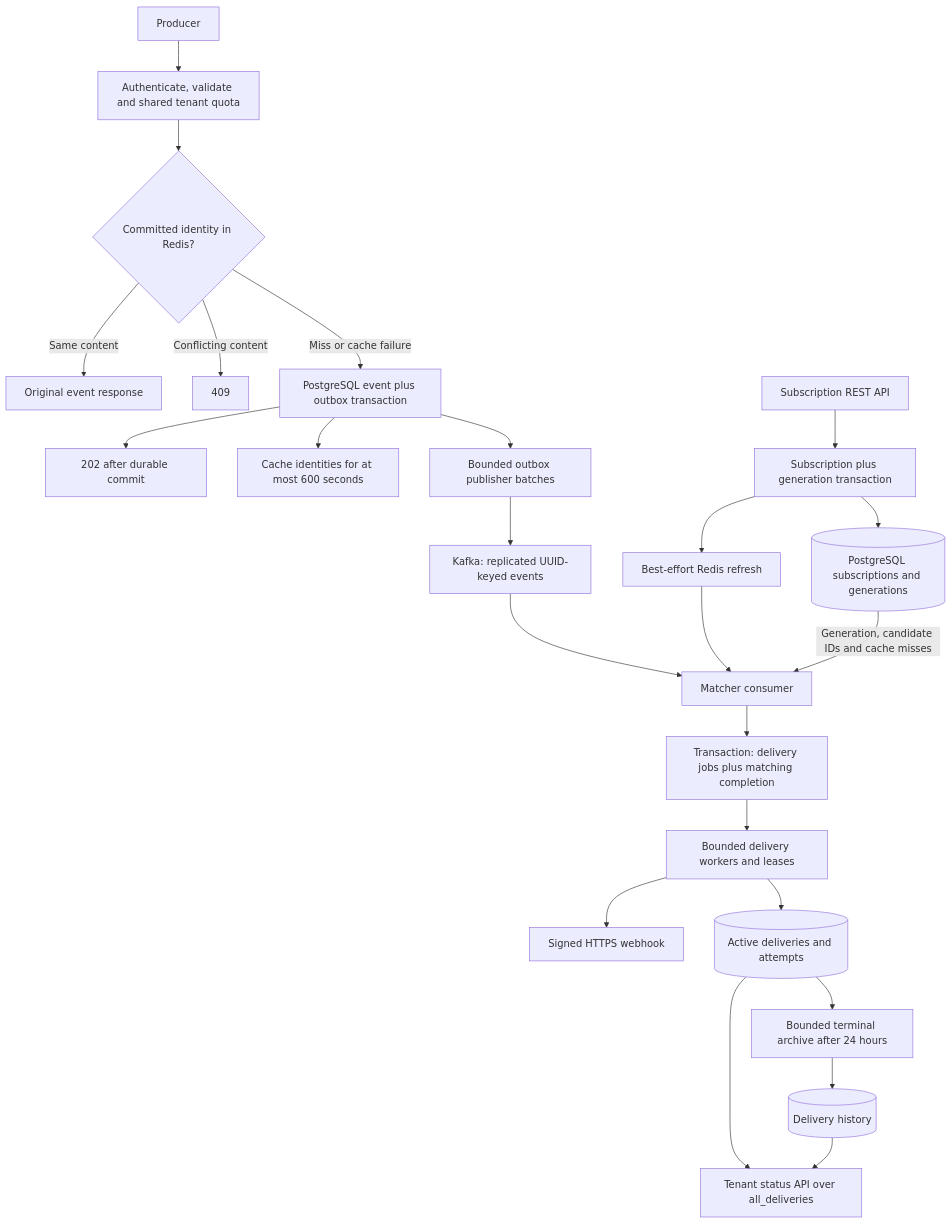
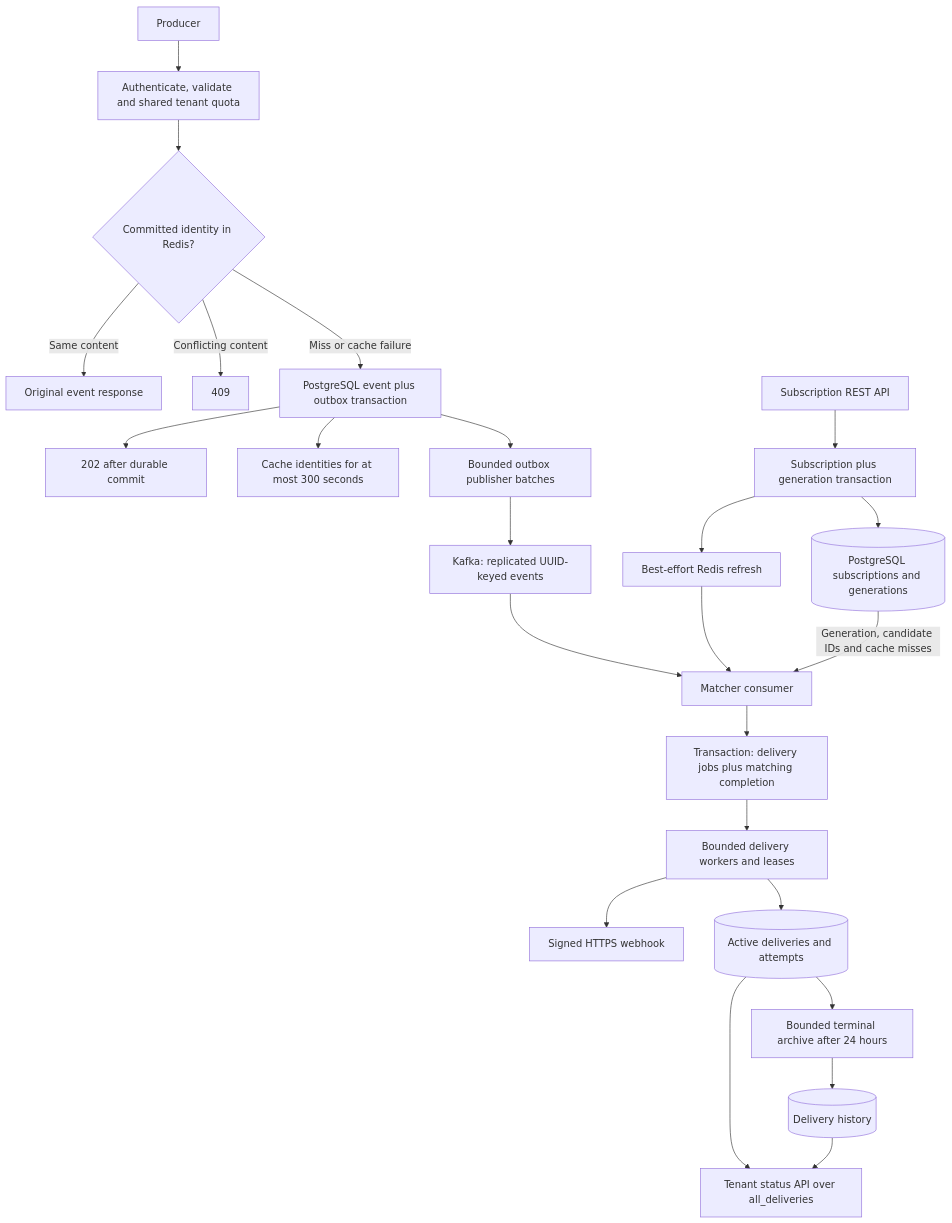
One commit to Sahil2237/notification-fanout changed the first of 4 diagrams in docs/async-cache-history.md. Above: the diagram before and after it, drawn with Mermaid. The commit also changed other lines of this file and 40 other files, not shown here.

````diff
--- a/docs/async-cache-history.md
+++ b/docs/async-cache-history.md
@@ -21,26 +21,26 @@
 ```mermaid
 flowchart TB
     P[Producer] --> API[Authenticate, validate and shared tenant quota]
     API --> HIT{Committed identity in Redis?}
     HIT -->|Same content| SAME[Original event response]
     HIT -->|Conflicting content| CONFLICT[409]
     HIT -->|Miss or cache failure| TX[PostgreSQL event plus outbox transaction]
     TX --> ACK[202 after durable commit]
-    TX --> FILL[Cache identities for at most 600 seconds]
+    TX --> FILL[Cache identities for at most 300 seconds]
     TX --> PUB[Bounded outbox publisher batches]
     PUB --> K[Kafka: replicated UUID-keyed events]
     K --> M[Matcher consumer]
     SUBAPI[Subscription REST API] --> STX[Subscription plus generation transaction]
     STX --> SC[Best-effort Redis refresh]
     SC --> M
     STX --> PG[(PostgreSQL subscriptions and generations)]
     PG -->|Generation, candidate IDs and cache misses| M
     M --> JOB[Transaction: delivery jobs plus matching completion]
     JOB --> WORK[Bounded delivery workers and leases]
     WORK --> HTTPS[Signed HTTPS webhook]
     WORK --> HOT[(Active deliveries and attempts)]
     HOT --> ARCH[Bounded terminal archive after 24 hours]
     ARCH --> HIST[(Delivery history)]
     HOT --> VIEW[Tenant status API over all_deliveries]
     HIST --> VIEW
 ```
````
